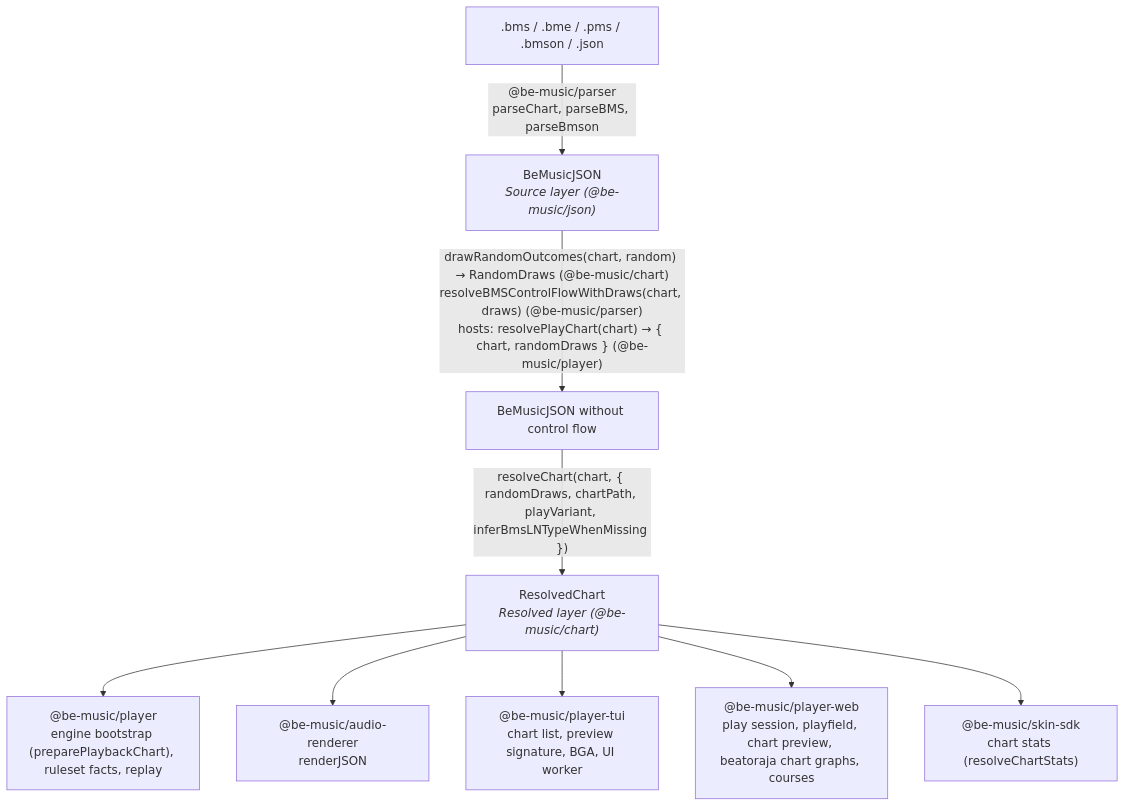
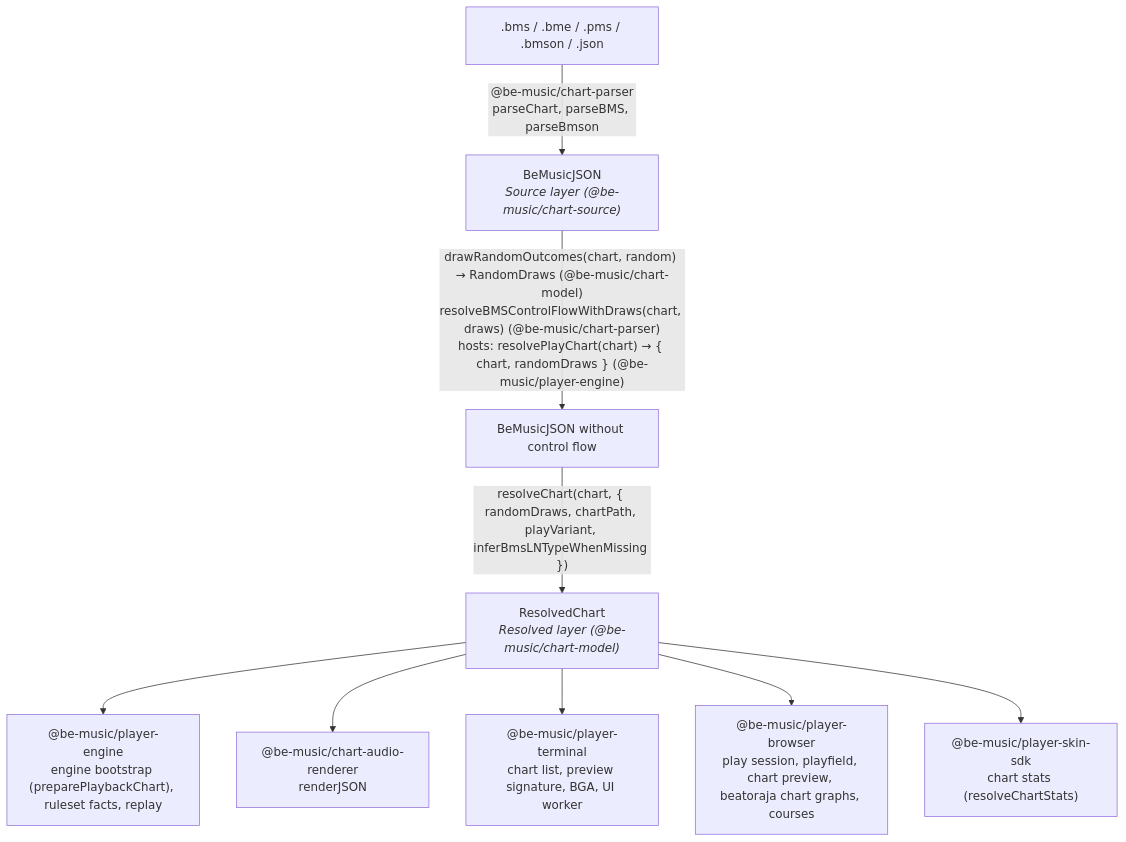
Before and after one commit to nulltask/be-music: the first of 3 diagrams in docs/architecture.md, drawn with Mermaid. The commit also changed other lines of this file and 2542 other files, not shown here.

````diff
--- a/docs/architecture.md
+++ b/docs/architecture.md
@@ -9,21 +9,21 @@
 ```mermaid
 flowchart TD
   files[".bms / .bme / .pms / .bmson / .json"]
-  source["BeMusicJSON<br/><i>Source layer (@be-music/json)</i>"]
+  source["BeMusicJSON<br/><i>Source layer (@be-music/chart-source)</i>"]
   flat["BeMusicJSON without control flow"]
-  resolved["ResolvedChart<br/><i>Resolved layer (@be-music/chart)</i>"]
-  player["@be-music/player<br/>engine bootstrap (preparePlaybackChart), ruleset facts, replay"]
-  renderer["@be-music/audio-renderer<br/>renderJSON"]
-  tui["@be-music/player-tui<br/>chart list, preview signature, BGA, UI worker"]
-  web["@be-music/player-web<br/>play session, playfield, chart preview, beatoraja chart graphs, courses"]
-  skin["@be-music/skin-sdk<br/>chart stats (resolveChartStats)"]
+  resolved["ResolvedChart<br/><i>Resolved layer (@be-music/chart-model)</i>"]
+  player["@be-music/player-engine<br/>engine bootstrap (preparePlaybackChart), ruleset facts, replay"]
+  renderer["@be-music/chart-audio-renderer<br/>renderJSON"]
+  tui["@be-music/player-terminal<br/>chart list, preview signature, BGA, UI worker"]
+  web["@be-music/player-browser<br/>play session, playfield, chart preview, beatoraja chart graphs, courses"]
+  skin["@be-music/player-skin-sdk<br/>chart stats (resolveChartStats)"]
 
-  files -->|"@be-music/parser<br/>parseChart, parseBMS, parseBmson"| source
-  source -->|"drawRandomOutcomes(chart, random) → RandomDraws (@be-music/chart)<br/>resolveBMSControlFlowWithDraws(chart, draws) (@be-music/parser)<br/>hosts: resolvePlayChart(chart) → { chart, randomDraws } (@be-music/player)"| flat
+  files -->|"@be-music/chart-parser<br/>parseChart, parseBMS, parseBmson"| source
+  source -->|"drawRandomOutcomes(chart, random) → RandomDraws (@be-music/chart-model)<br/>resolveBMSControlFlowWithDraws(chart, draws) (@be-music/chart-parser)<br/>hosts: resolvePlayChart(chart) → { chart, randomDraws } (@be-music/player-engine)"| flat
   flat -->|"resolveChart(chart, { randomDraws, chartPath, playVariant, inferBmsLNTypeWhenMissing })"| resolved
   resolved --> player
   resolved --> renderer
   resolved --> tui
   resolved --> web
   resolved --> skin
 ```
````
